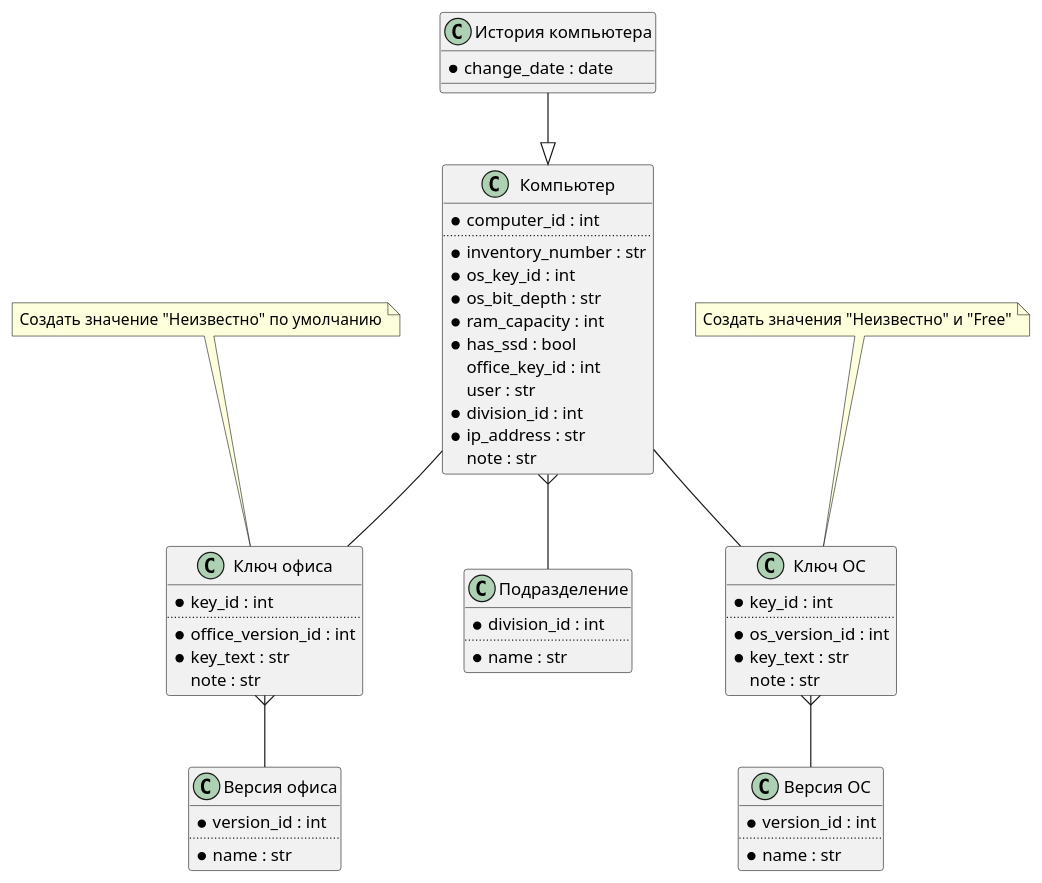
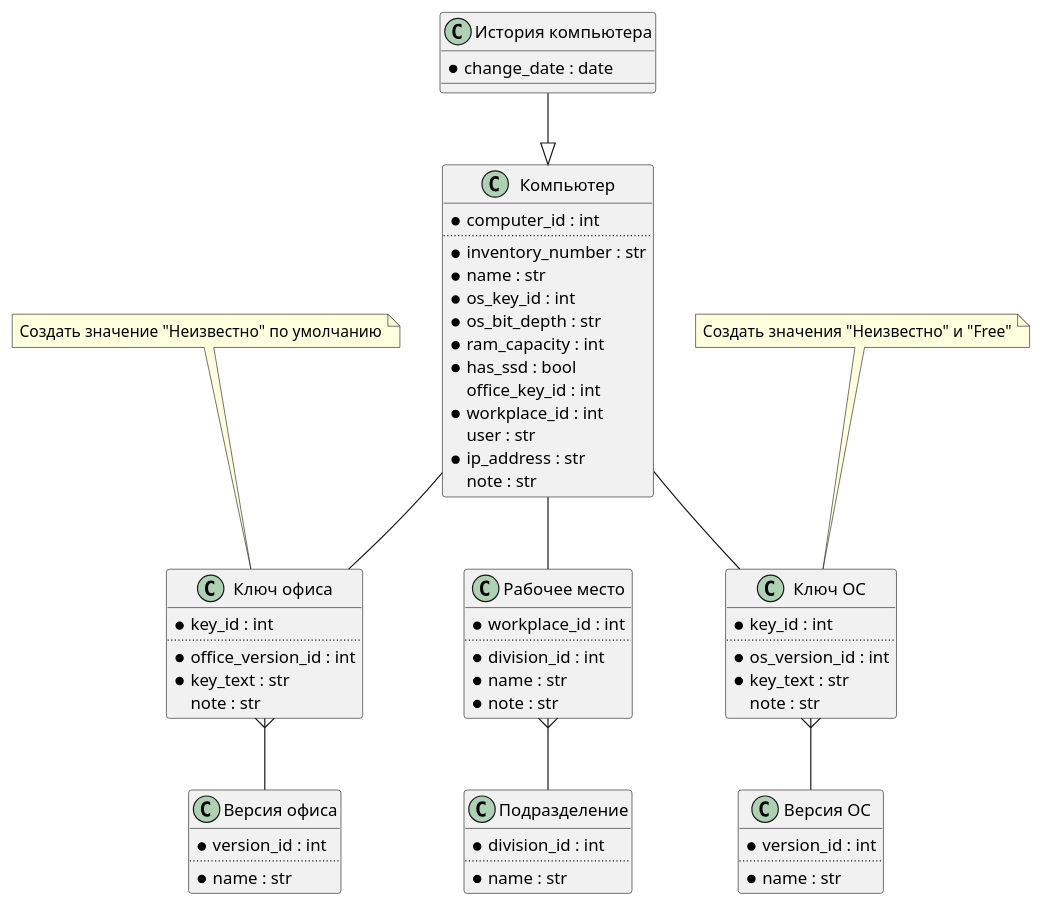
One commit to IamEvrik/ipce changed the diagram in database.plantuml. Above: the diagram before and after it, drawn with PlantUML. The commit also changed 8 other files, not shown here.

```diff
--- a/database.plantuml
+++ b/database.plantuml
@@ -1,67 +1,76 @@
 @startuml
 
 class "Версия офиса" as OfficeVersion {
 	{field} *version_id : int
 	..
 	{field} *name : str
 }
 
 class "Ключ офиса" as OfficeKey {
 	{field} *key_id : int
 	..
 	{field} *office_version_id : int
 	{field} *key_text : str
 	{field} note : str
 }
 note Top of OfficeKey : Создать значение "Неизвестно" по умолчанию
 
 class "Версия ОС" as OSVersion {
 	{field} *version_id : int
 	..
 	{field} *name : str
 }
 
 class "Ключ ОС" as OSKey {
 	{field} *key_id : int
 	..
 	{field} *os_version_id : int
 	{field} *key_text : str
 	{field} note : str
 }
 note Top of OSKey : Создать значения "Неизвестно" и "Free"
 
 class "Подразделение" as Division {
 	{field} *division_id : int
 	..
 	{field} *name : str
 }
 
+class "Рабочее место" as WorkPlace {
+	{field} *workplace_id : int
+	..
+	{field} *division_id : int
+	{field} *name : str
+	{field} *note : str
+} 
+
 class "Компьютер" as Computer {
 	{field} *computer_id : int
 	..
 	{field} *inventory_number : str
+	{field} *name : str
 	{field} *os_key_id : int
 	{field} *os_bit_depth : str
 	{field} *ram_capacity : int
 	{field} *has_ssd : bool
 	{field} office_key_id : int
+	{field} *workplace_id : int
 	{field} user : str
-	{field} *division_id : int
 	{field} *ip_address : str
 	{field} note : str
 }	
 
 class "История компьютера" as ComputerHistory {
 	{field} *change_date : date
 }
+
 		
-
-
 OfficeKey }-- OfficeVersion
 OSKey }-- OSVersion
+WorkPlace }-- Division	
 Computer -- OSKey
 Computer -- OfficeKey
-Computer }-- Division	
+Computer -- WorkPlace	
 ComputerHistory --|> Computer
 
 @enduml
```
